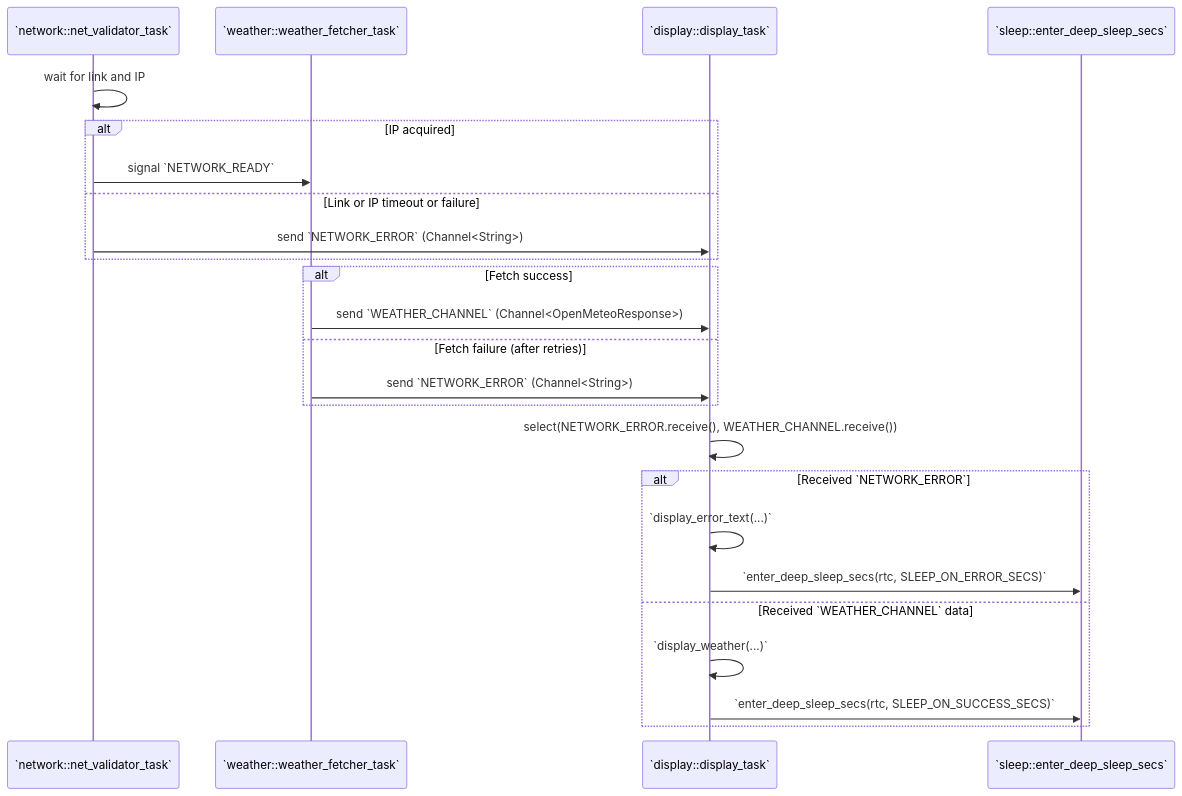
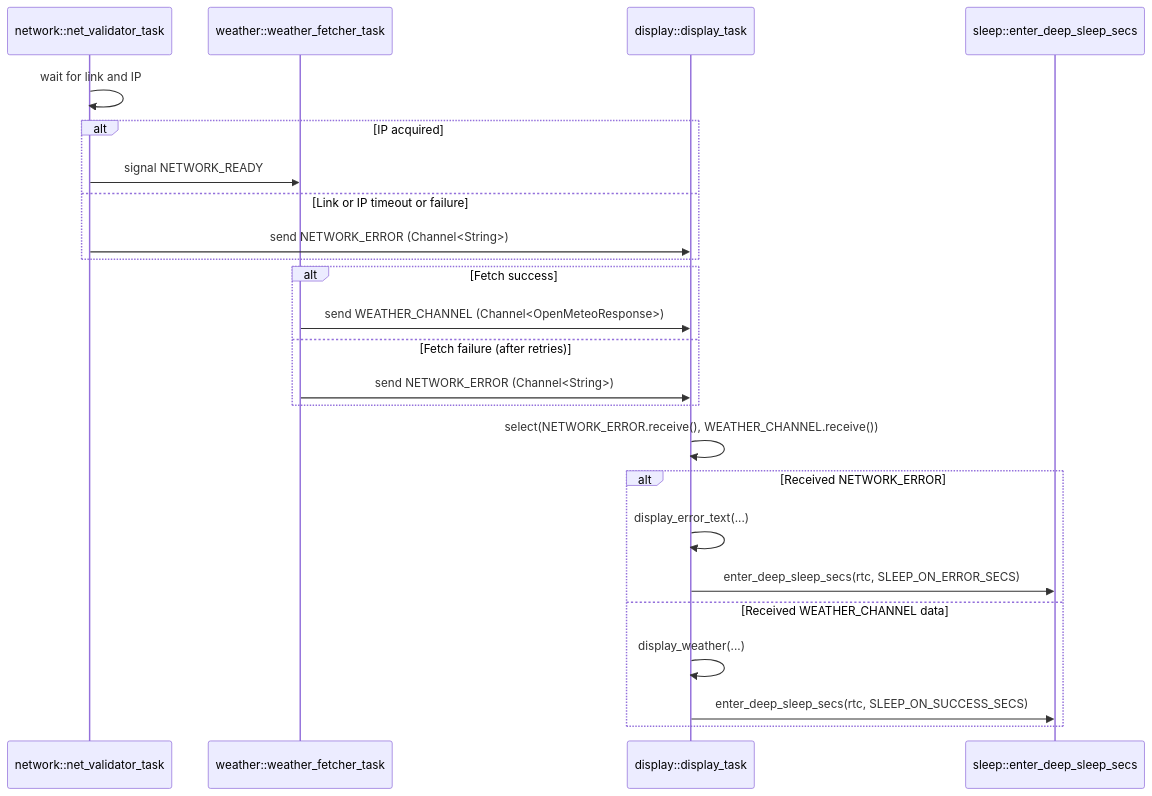
The second of 2 diagrams in README.md (ScottCUSA/magtag_weatherstation_rs), drawn with Mermaid before and after one commit. The commit also changed other lines of this file, not shown here.

Commit message:
docs: update README to move credits section and improve clarity

````diff
--- a/README.md
+++ b/README.md
@@ -187,30 +187,30 @@
 ```mermaid
 sequenceDiagram
-   participant NetValidator as `network::net_validator_task`
-   participant Weather as `weather::weather_fetcher_task`
-   participant Display as `display::display_task`
-   participant Sleep as `sleep::enter_deep_sleep_secs`
+   participant NetValidator as network::net_validator_task
+   participant Weather as weather::weather_fetcher_task
+   participant Display as display::display_task
+   participant Sleep as sleep::enter_deep_sleep_secs
    
    NetValidator->>NetValidator: wait for link and IP
    alt IP acquired
-      NetValidator->>Weather: signal `NETWORK_READY`
+      NetValidator->>Weather: signal NETWORK_READY
    else  Link or IP timeout or failure
-      NetValidator->>Display: send `NETWORK_ERROR` (Channel<String>)
+      NetValidator->>Display: send NETWORK_ERROR (Channel<String>)
    end
 
    alt Fetch success
-      Weather->>Display: send `WEATHER_CHANNEL` (Channel<OpenMeteoResponse>)
+      Weather->>Display: send WEATHER_CHANNEL (Channel<OpenMeteoResponse>)
    else Fetch failure (after retries)
-      Weather->>Display: send `NETWORK_ERROR` (Channel<String>)
+      Weather->>Display: send NETWORK_ERROR (Channel<String>)
    end
 
    Display->>Display: select(NETWORK_ERROR.receive(), WEATHER_CHANNEL.receive())
-   alt Received `NETWORK_ERROR`
-      Display->>Display: `display_error_text(...)`
-      Display->>Sleep: `enter_deep_sleep_secs(rtc, SLEEP_ON_ERROR_SECS)`
-   else Received `WEATHER_CHANNEL` data
-      Display->>Display: `display_weather(...)`
-      Display->>Sleep: `enter_deep_sleep_secs(rtc, SLEEP_ON_SUCCESS_SECS)`
+   alt Received NETWORK_ERROR
+      Display->>Display: display_error_text(...)
+      Display->>Sleep: enter_deep_sleep_secs(rtc, SLEEP_ON_ERROR_SECS)
+   else Received WEATHER_CHANNEL data
+      Display->>Display: display_weather(...)
+      Display->>Sleep: enter_deep_sleep_secs(rtc, SLEEP_ON_SUCCESS_SECS)
    end
 
 ```
````
